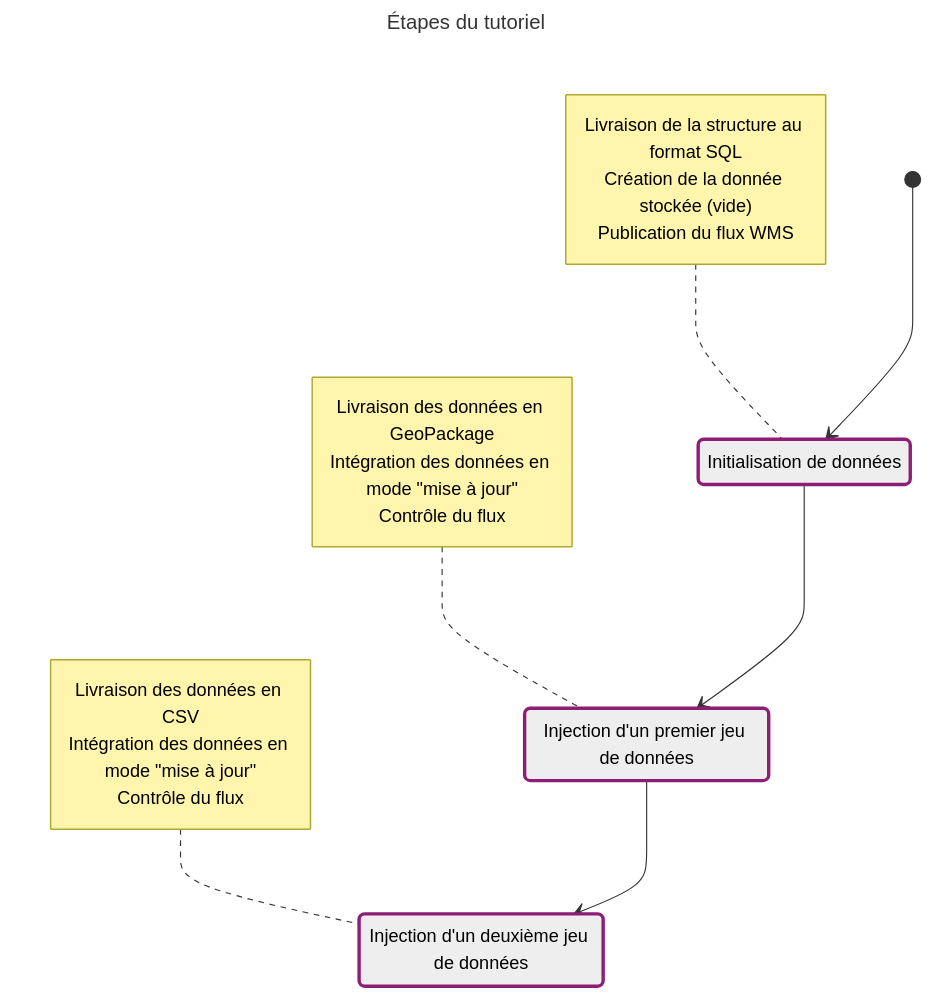
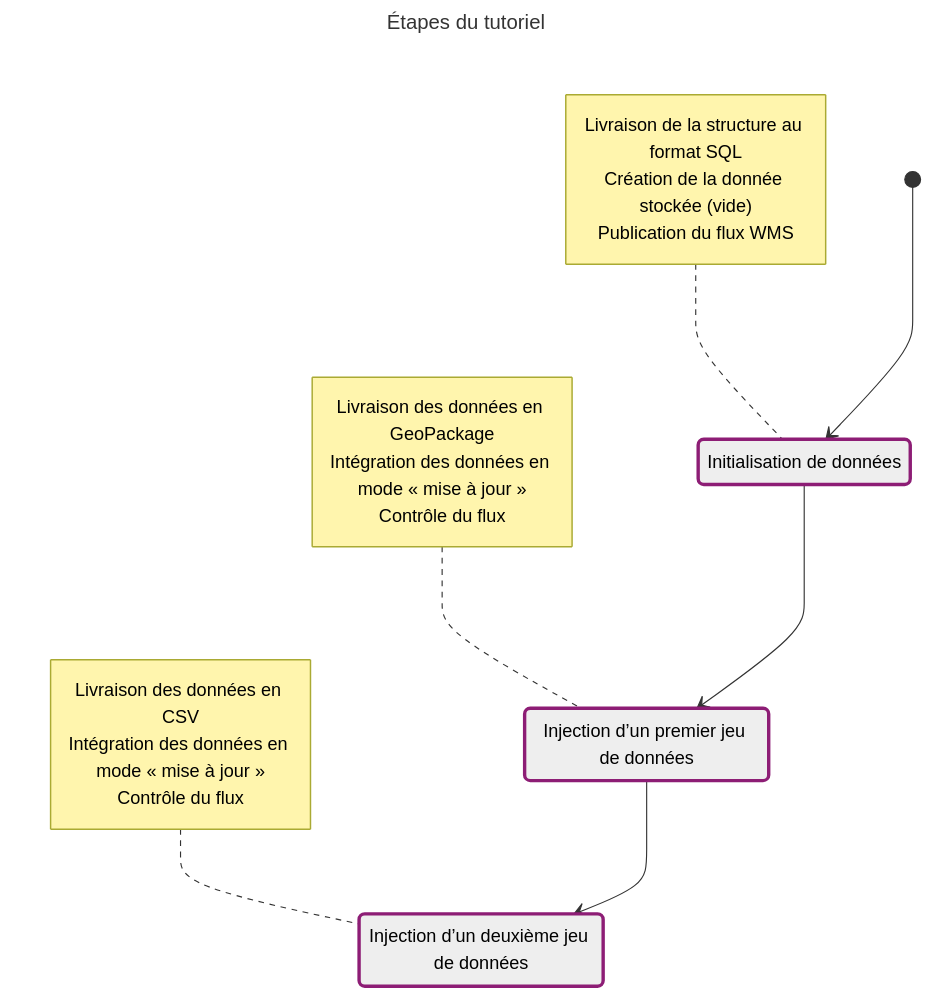
One commit to IGNF/cartes.gouv.fr-documentation changed the diagram in content/fr/guides-developpeur/tutoriels/gestion-des-donnees-vecteurs/alimentation-mise-a-jour-vecteur.md. Above: the diagram before and after it, drawn with Mermaid. The commit also changed other lines of this file and 8 other files, not shown here.

Commit message:
integration a 'Alimentation par mise à jour vecteur'

````diff
--- a/content/fr/guides-developpeur/tutoriels/gestion-des-donnees-vecteurs/alimentation-mise-a-jour-vecteur.md
+++ b/content/fr/guides-developpeur/tutoriels/gestion-des-donnees-vecteurs/alimentation-mise-a-jour-vecteur.md
@@ -23,37 +17,36 @@
 ```mermaid
 ---
 title: Étapes du tutoriel
 ---
 stateDiagram
-
 
     INIT: Initialisation de données
     note left of INIT
         Livraison de la structure au format SQL
         Création de la donnée stockée (vide)
         Publication du flux WMS
     end note
 
-    INJ1: Injection d'un premier jeu de données
+    INJ1: Injection d’un premier jeu de données
     note left of INJ1
         Livraison des données en GeoPackage
-        Intégration des données en mode "mise à jour"
+        Intégration des données en mode « mise à jour »
         Contrôle du flux
     end note
 
-    INJ2: Injection d'un deuxième jeu de données
+    INJ2: Injection d’un deuxième jeu de données
     note left of INJ2
         Livraison des données en CSV
-        Intégration des données en mode "mise à jour"
+        Intégration des données en mode « mise à jour »
         Contrôle du flux
     end note
 
 
     [*] --> INIT
     INIT --> INJ1
     INJ1 --> INJ2
 
     classDef concepts fill:#eee,stroke:#8d1d75,stroke-width:3px,color:#000;
 
     class INIT,INJ1,INJ2 concepts
 ```
````
